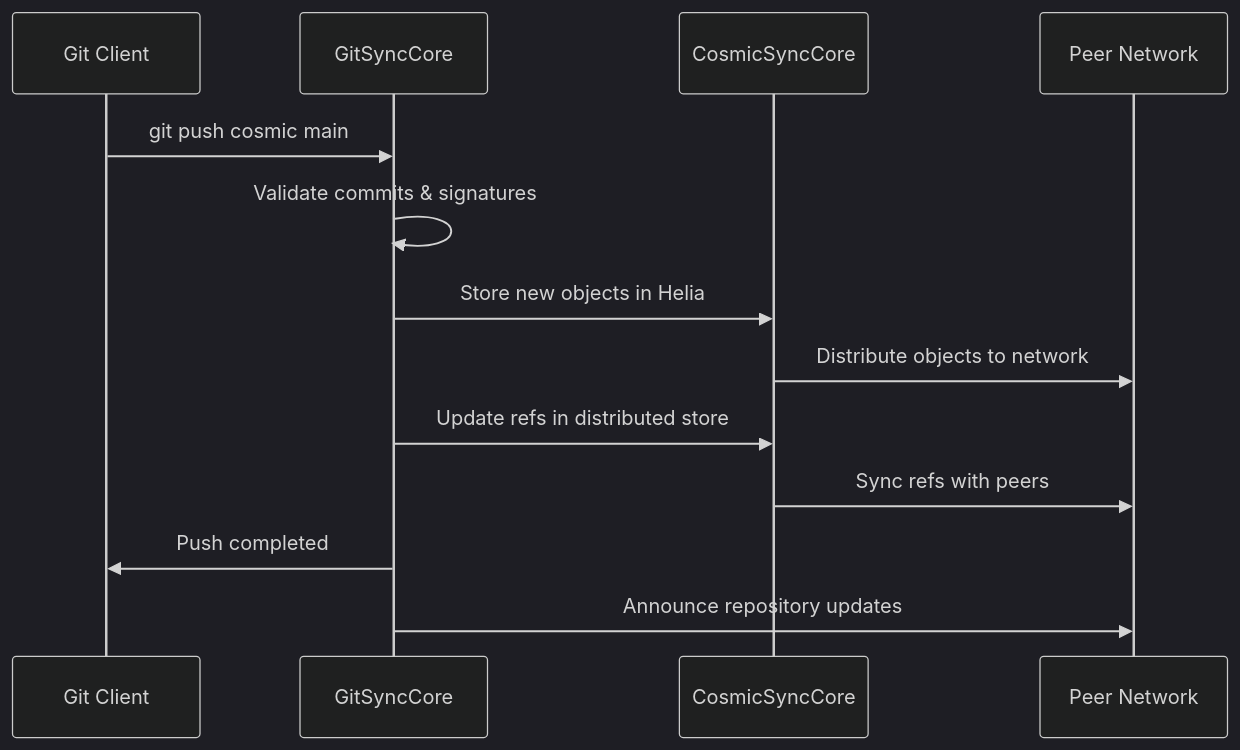
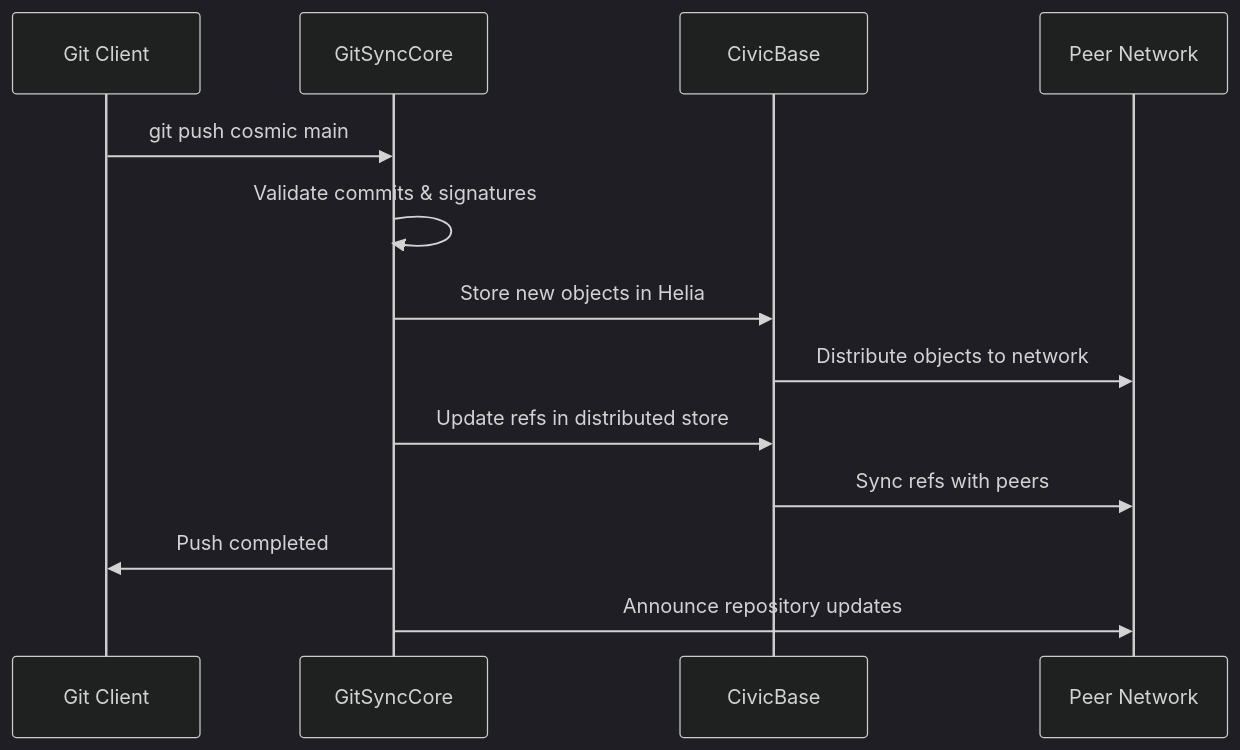
The first of 2 diagrams in docs/APP_IDEAS/GitSyncCore/ARCHITECTURE.md (BjornKennethHolmstrom/CosmicSyncCore), drawn with Mermaid (dark theme) before and after one commit. The commit also changed other lines of this file and 91 other files, not shown here.

Commit message:
Migrate to CivicBase documentation. Archive CosmicSyncCore

````diff
--- a/docs/APP_IDEAS/GitSyncCore/ARCHITECTURE.md
+++ b/docs/APP_IDEAS/GitSyncCore/ARCHITECTURE.md
@@ -134,16 +134,16 @@
 ```mermaid
 sequenceDiagram
     participant G as Git Client
     participant GSC as GitSyncCore
-    participant CSC as CosmicSyncCore
+    participant CSC as CivicBase
     participant P as Peer Network
 
     G->>GSC: git push cosmic main
     GSC->>GSC: Validate commits & signatures
     GSC->>CSC: Store new objects in Helia
     CSC->>P: Distribute objects to network
     GSC->>CSC: Update refs in distributed store
     CSC->>P: Sync refs with peers
     GSC->>G: Push completed
     GSC->>P: Announce repository updates
 ```
````
